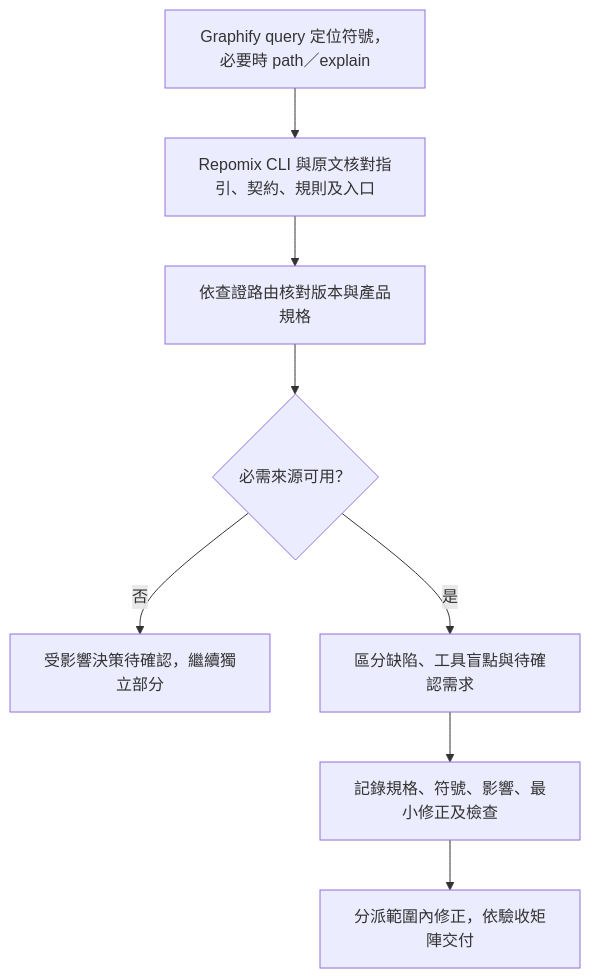
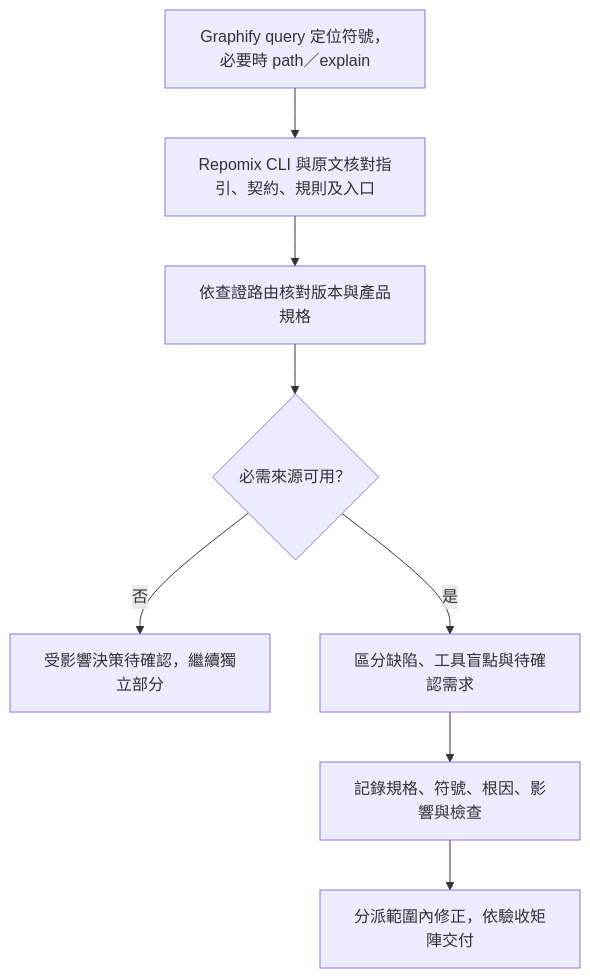
Before and after one commit to 963sup/line-mini-app-bot: the diagram in docs/development/workflow/implementation.md, drawn with Mermaid. The commit also changed other lines of this file and 9 other files, not shown here.

````diff
--- a/docs/development/workflow/implementation.md
+++ b/docs/development/workflow/implementation.md
@@ -25,10 +31,10 @@
 ```mermaid
 flowchart TB
   A["Graphify query 定位符號，必要時 path／explain"] --> B["Repomix CLI 與原文核對指引、契約、規則及入口"]
   B --> C["依查證路由核對版本與產品規格"]
   C --> D{"必需來源可用？"}
   D -->|否| H["受影響決策待確認，繼續獨立部分"]
   D -->|是| E["區分缺陷、工具盲點與待確認需求"]
-  E --> F["記錄規格、符號、影響、最小修正及檢查"]
+  E --> F["記錄規格、符號、根因、影響與檢查"]
   F --> G["分派範圍內修正，依驗收矩陣交付"]
 ```
````
